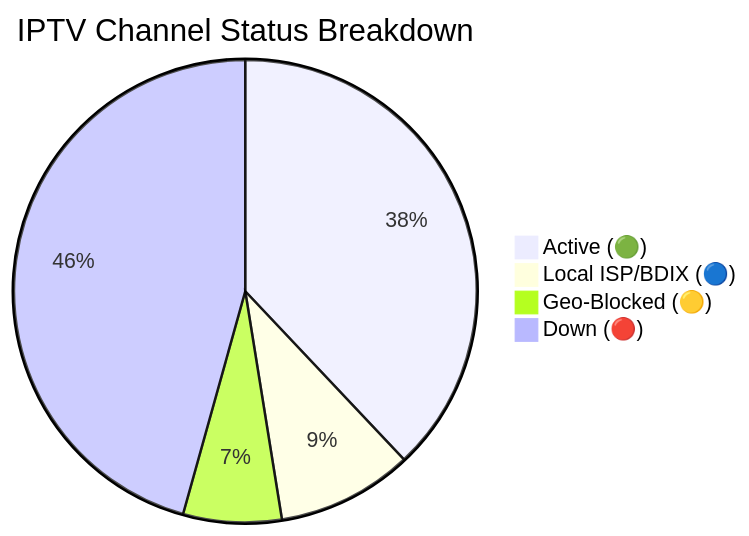
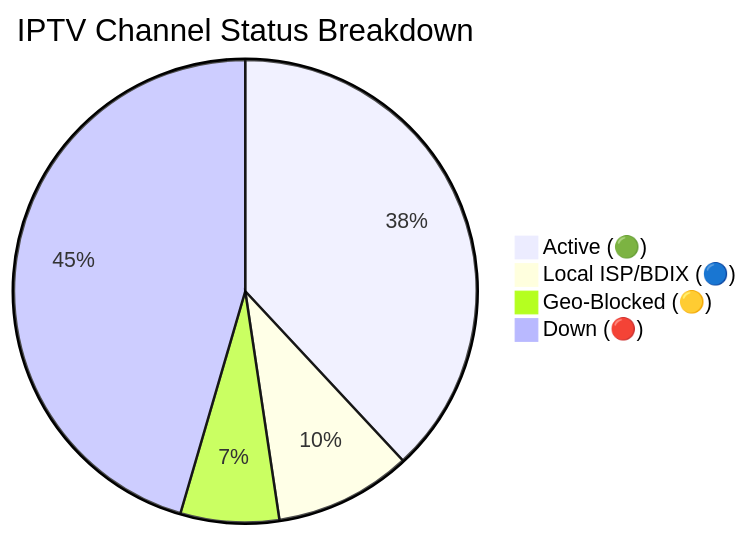
The diagram in README.md (Zaman-Topu/Ip-tv-Collection), drawn with Mermaid before and after one commit. The commit also changed other lines of this file and 1 other file, not shown here.

Commit message:
docs(readme): auto-update daily channel status chart

````diff
--- a/README.md
+++ b/README.md
@@ -59,7 +59,7 @@
 ```mermaid
 pie title IPTV Channel Status Breakdown
-    "Active (🟢)" : 3066
+    "Active (🟢)" : 3052
     "Local ISP/BDIX (🔵)" : 767
-    "Geo-Blocked (🟡)" : 555
-    "Down (🔴)" : 3688
+    "Geo-Blocked (🟡)" : 552
+    "Down (🔴)" : 3646
 ```
````
